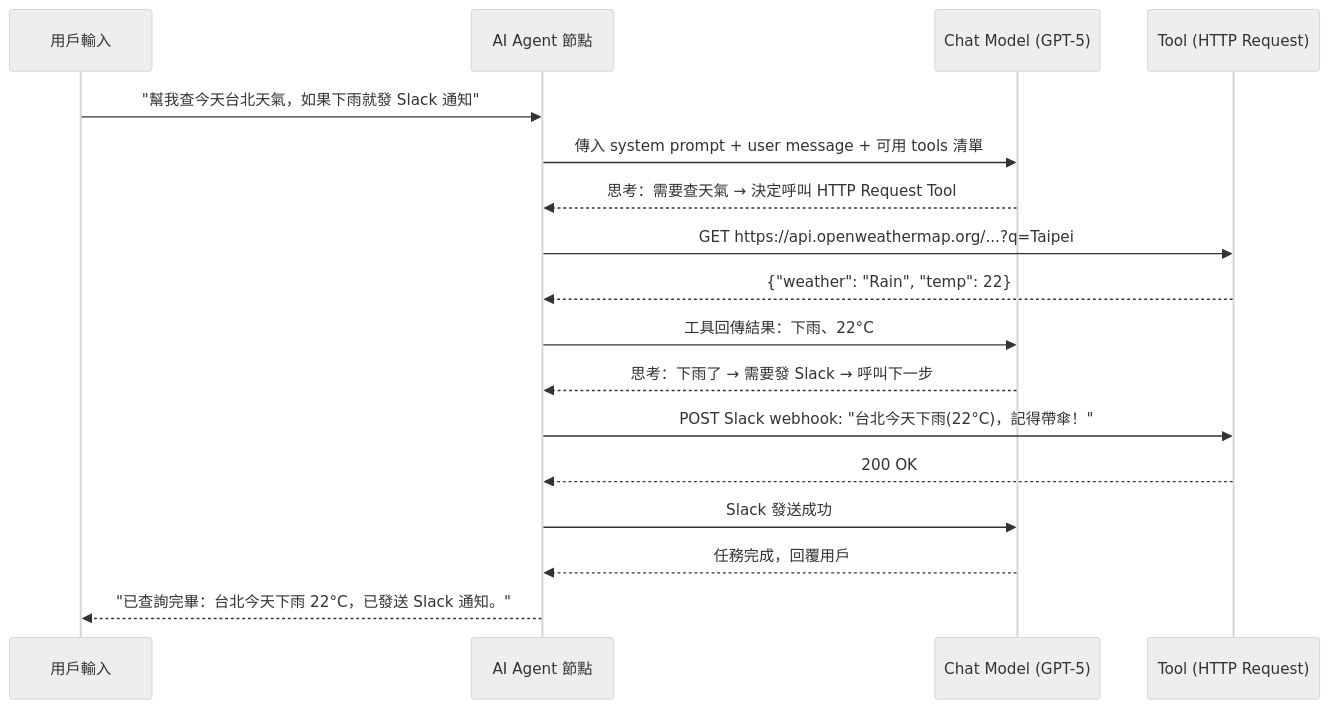
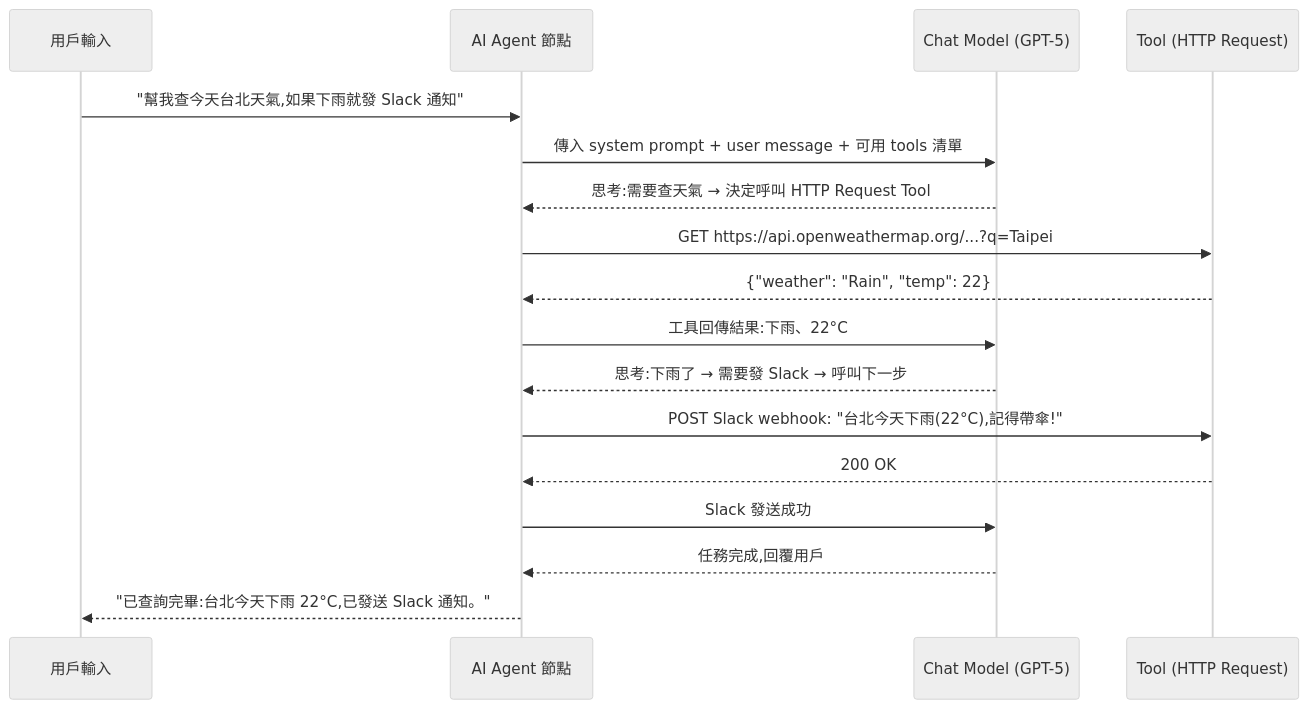
Diagram 15 of 47 in Guide.md (deadline314/Lesson3-AI-Tools), drawn with Mermaid (neutral theme) before and after one commit. The commit also changed other lines of this file and 25 other files, not shown here.

````diff
--- a/Guide.md
+++ b/Guide.md
@@ -541,20 +796,20 @@
 ```mermaid
 sequenceDiagram
     participant User as 用戶輸入
     participant Agent as AI Agent 節點
     participant LLM as Chat Model (GPT-5)
     participant Tool as Tool (HTTP Request)
     
-    User->>Agent: "幫我查今天台北天氣，如果下雨就發 Slack 通知"
+    User->>Agent: "幫我查今天台北天氣,如果下雨就發 Slack 通知"
     Agent->>LLM: 傳入 system prompt + user message + 可用 tools 清單
-    LLM-->>Agent: 思考：需要查天氣 → 決定呼叫 HTTP Request Tool
+    LLM-->>Agent: 思考:需要查天氣 → 決定呼叫 HTTP Request Tool
     Agent->>Tool: GET https://api.openweathermap.org/...?q=Taipei
     Tool-->>Agent: {"weather": "Rain", "temp": 22}
-    Agent->>LLM: 工具回傳結果：下雨、22°C
-    LLM-->>Agent: 思考：下雨了 → 需要發 Slack → 呼叫下一步
-    Agent->>Tool: POST Slack webhook: "台北今天下雨(22°C)，記得帶傘！"
+    Agent->>LLM: 工具回傳結果:下雨、22°C
+    LLM-->>Agent: 思考:下雨了 → 需要發 Slack → 呼叫下一步
+    Agent->>Tool: POST Slack webhook: "台北今天下雨(22°C),記得帶傘!"
     Tool-->>Agent: 200 OK
     Agent->>LLM: Slack 發送成功
-    LLM-->>Agent: 任務完成，回覆用戶
-    Agent-->>User: "已查詢完畢：台北今天下雨 22°C，已發送 Slack 通知。"
+    LLM-->>Agent: 任務完成,回覆用戶
+    Agent-->>User: "已查詢完畢:台北今天下雨 22°C,已發送 Slack 通知。"
 ```
````
